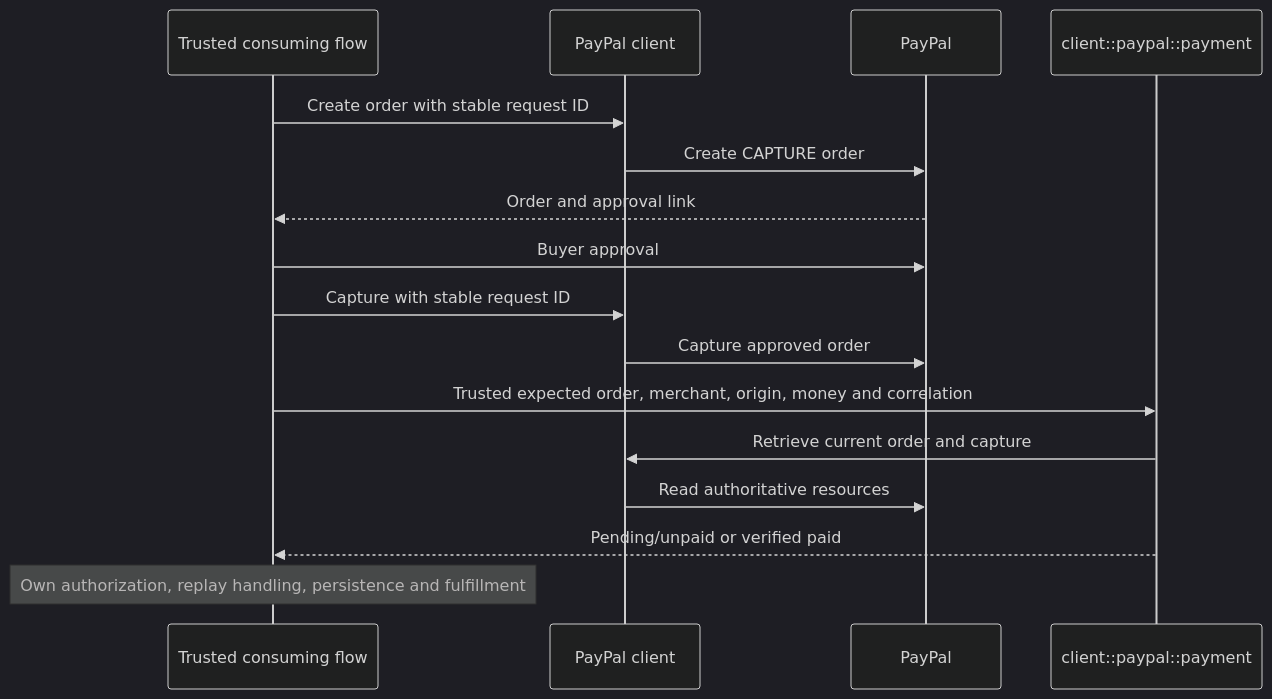
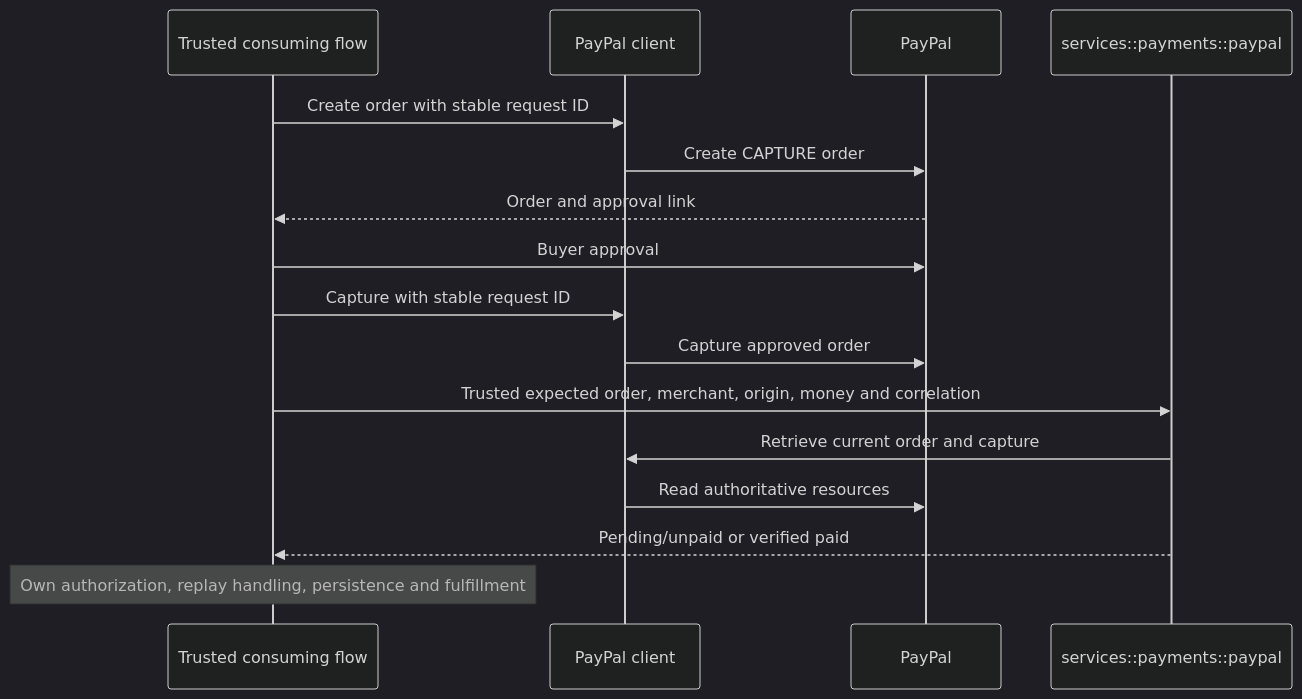
One commit to enzumeii/monolith changed the fifth of 7 diagrams in docs/architecture.md. Above: the diagram before and after it, drawn with Mermaid (dark theme). The commit also changed other lines of this file and 78 other files, not shown here.

````diff
--- a/docs/architecture.md
+++ b/docs/architecture.md
@@ -328,18 +328,18 @@
 ```mermaid
 sequenceDiagram
     participant Consumer as Trusted consuming flow
     participant Client as PayPal client
     participant PP as PayPal
-    participant Verifier as client::paypal::payment
+    participant Verifier as services::payments::paypal
     Consumer->>Client: Create order with stable request ID
     Client->>PP: Create CAPTURE order
     PP-->>Consumer: Order and approval link
     Consumer->>PP: Buyer approval
     Consumer->>Client: Capture with stable request ID
     Client->>PP: Capture approved order
     Consumer->>Verifier: Trusted expected order, merchant, origin, money and correlation
     Verifier->>Client: Retrieve current order and capture
     Client->>PP: Read authoritative resources
     Verifier-->>Consumer: Pending/unpaid or verified paid
     Note over Consumer: Own authorization, replay handling, persistence and fulfillment
 ```
````
